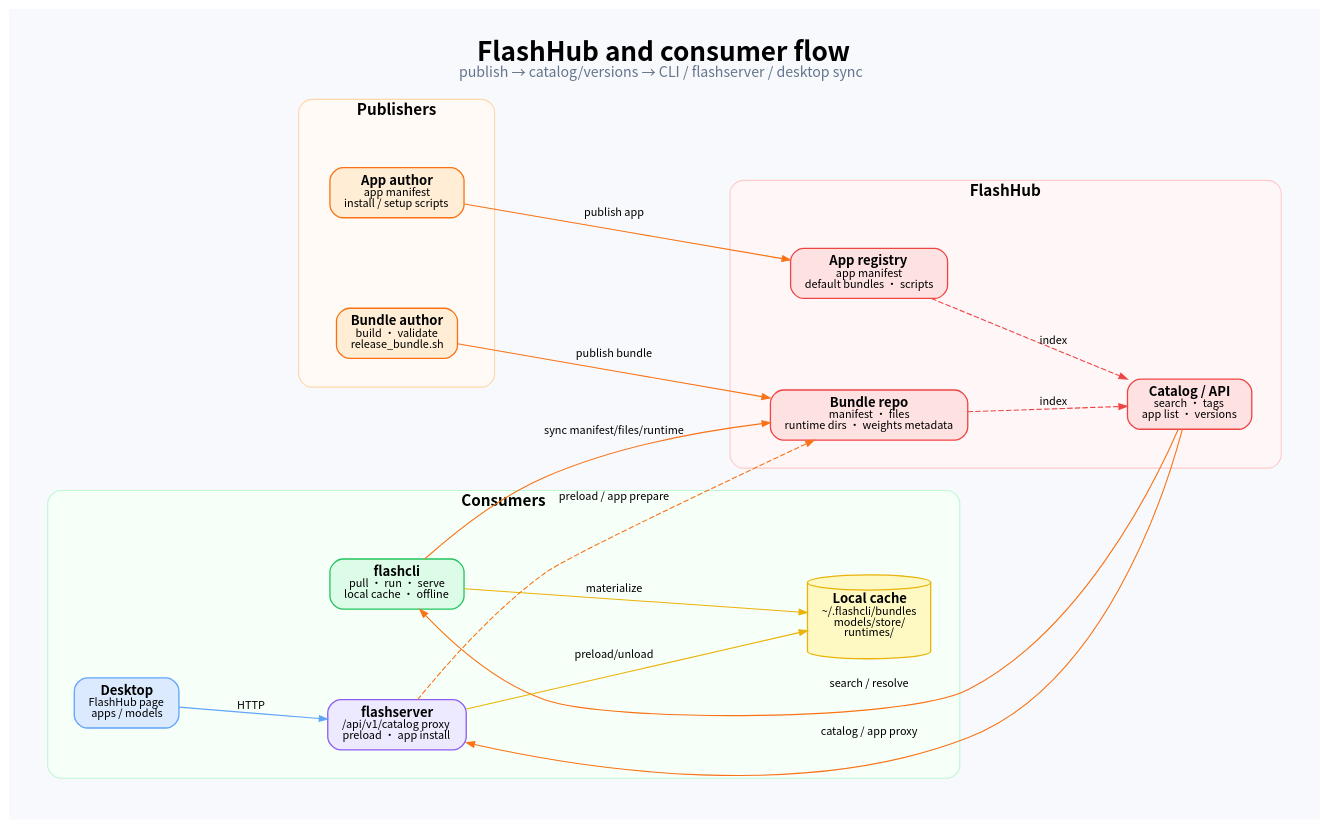
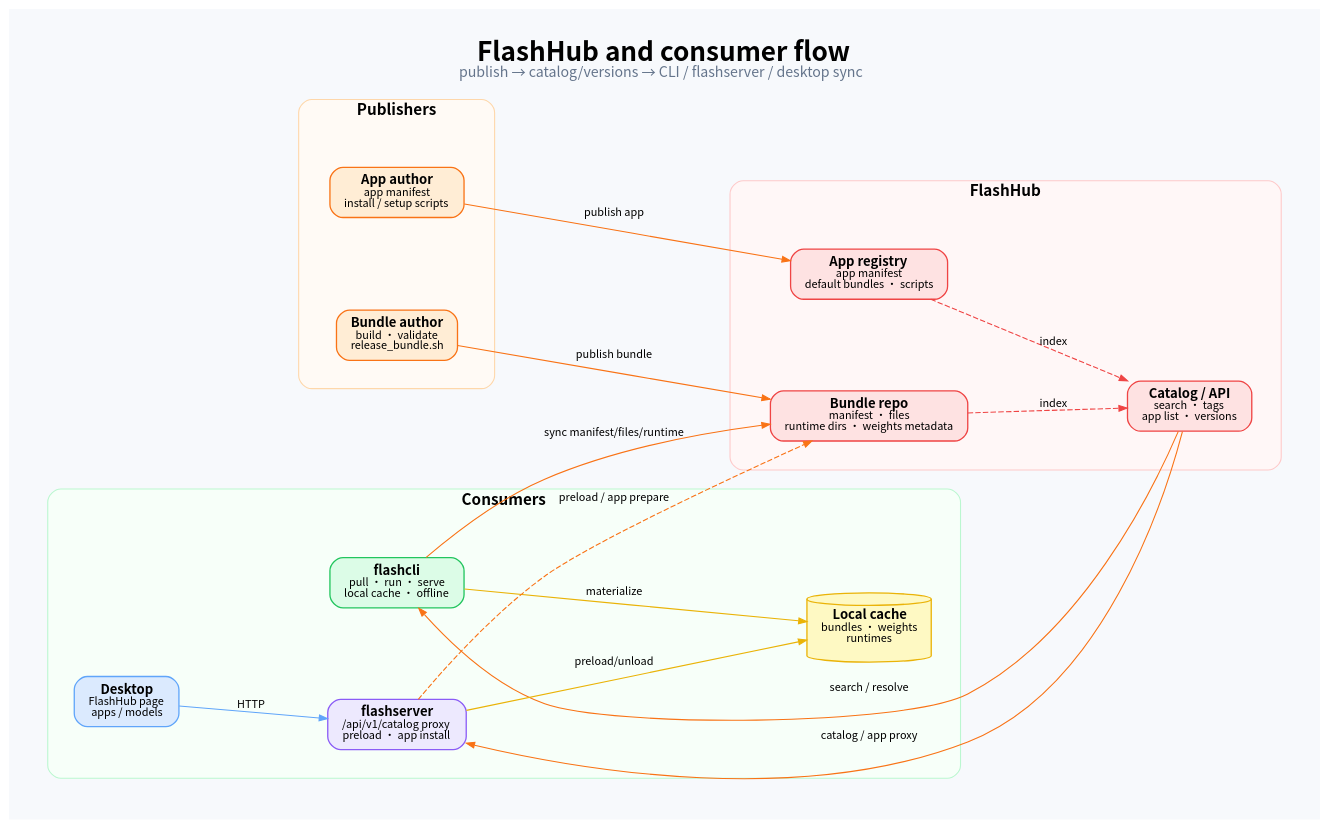
The diagram in docs/images/flashhub-flow.en.dot (aodianyun/flashcli), drawn with Graphviz before and after one commit. The commit also changed 29 other files, not shown here.

First line of the commit message:
docs(architecture): generalize platform and endpoint details

```diff
--- a/docs/images/flashhub-flow.en.dot
+++ b/docs/images/flashhub-flow.en.dot
@@ -1,41 +1,41 @@
 digraph FlashHubFlowEN {
   graph [rankdir=LR, bgcolor="#f7f9fc", pad=0.35, nodesep=0.5, ranksep=0.75,
          fontname="Noto Sans CJK SC", fontsize=24, labelloc="t", size="16,9!", ratio=fill,
          label=<<B>FlashHub and consumer flow</B><BR/><FONT POINT-SIZE="13" COLOR="#64748b">publish → catalog/versions → CLI / flashserver / desktop sync</FONT>>];
   node [shape=box, style="rounded,filled", fontname="Noto Sans CJK SC",
         fontsize=12, margin="0.18,0.10", penwidth=1.2, color="#94a3b8"];
   edge [fontname="Noto Sans CJK SC", fontsize=10, color="#64748b", arrowsize=0.75];
 
   subgraph cluster_pub {
     label=<<B>Publishers</B>>; fontsize=14; color="#fed7aa"; style="rounded,filled"; fillcolor="#fffaf5";
     bauthor [fillcolor="#ffedd5", color="#f97316", label=<<B>Bundle author</B><BR/><FONT POINT-SIZE="10">build · validate<BR/>release_bundle.sh</FONT>>];
     aauthor [fillcolor="#ffedd5", color="#f97316", label=<<B>App author</B><BR/><FONT POINT-SIZE="10">app manifest<BR/>install / setup scripts</FONT>>];
   }
 
   subgraph cluster_hub {
     label=<<B>FlashHub</B>>; fontsize=14; color="#fecaca"; style="rounded,filled"; fillcolor="#fff7f7";
     api [fillcolor="#fee2e2", color="#ef4444", label=<<B>Catalog / API</B><BR/><FONT POINT-SIZE="10">search · tags<BR/>app list · versions</FONT>>];
     repo [fillcolor="#fee2e2", color="#ef4444", label=<<B>Bundle repo</B><BR/><FONT POINT-SIZE="10">manifest · files<BR/>runtime dirs · weights metadata</FONT>>];
     apps [fillcolor="#fee2e2", color="#ef4444", label=<<B>App registry</B><BR/><FONT POINT-SIZE="10">app manifest<BR/>default bundles · scripts</FONT>>];
   }
 
   subgraph cluster_use {
     label=<<B>Consumers</B>>; fontsize=14; color="#bbf7d0"; style="rounded,filled"; fillcolor="#f7fff9";
     cli [fillcolor="#dcfce7", color="#22c55e", label=<<B>flashcli</B><BR/><FONT POINT-SIZE="10">pull · run · serve<BR/>local cache · offline</FONT>>];
     srv [fillcolor="#ede9fe", color="#8b5cf6", label=<<B>flashserver</B><BR/><FONT POINT-SIZE="10">/api/v1/catalog proxy<BR/>preload · app install</FONT>>];
     desktop [fillcolor="#dbeafe", color="#60a5fa", label=<<B>Desktop</B><BR/><FONT POINT-SIZE="10">FlashHub page<BR/>apps / models</FONT>>];
-    cache [shape=cylinder, fillcolor="#fef9c3", color="#eab308", label=<<B>Local cache</B><BR/><FONT POINT-SIZE="10">~/.flashcli/bundles<BR/>models/store/<BR/>runtimes/</FONT>>];
+    cache [shape=cylinder, fillcolor="#fef9c3", color="#eab308", label=<<B>Local cache</B><BR/><FONT POINT-SIZE="10">bundles · weights<BR/>runtimes</FONT>>];
   }
 
   bauthor -> repo [label="publish bundle", color="#f97316"];
   aauthor -> apps [label="publish app", color="#f97316"];
   repo -> api [label="index", style=dashed, color="#ef4444"];
   apps -> api [label="index", style=dashed, color="#ef4444"];
   api -> cli [label="search / resolve", color="#f97316"];
   cli -> repo [label="sync manifest/files/runtime", color="#f97316"];
   api -> srv [label="catalog / app proxy", color="#f97316"];
   srv -> repo [label="preload / app prepare", style=dashed, color="#f97316"];
   desktop -> srv [label="HTTP", color="#60a5fa"];
   cli -> cache [label="materialize", color="#eab308"];
   srv -> cache [label="preload/unload", color="#eab308"];
 }
```
